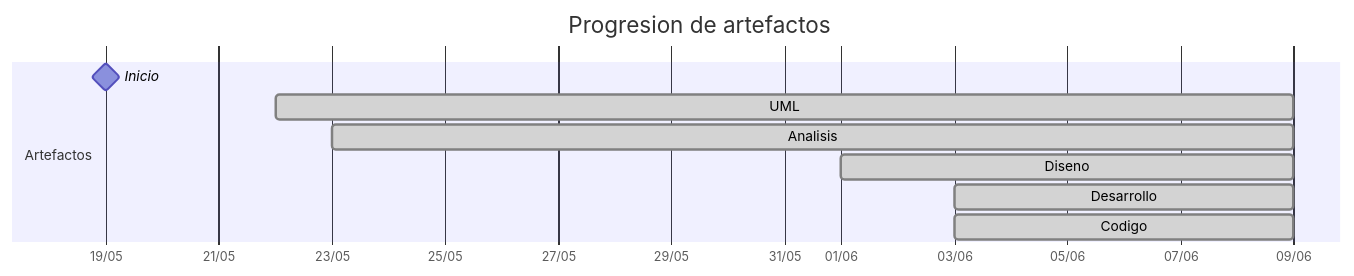
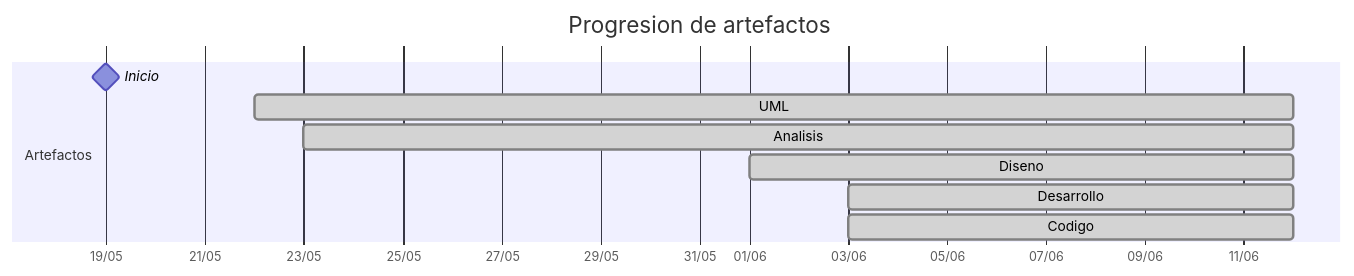
The diagram in TIMELINES/Alejandrojuarez0105.md (mmasias/25-26-idsw2-sdVC), drawn with Mermaid before and after one commit. The commit also changed other lines of this file and 9 other files, not shown here.

````diff
--- a/TIMELINES/Alejandrojuarez0105.md
+++ b/TIMELINES/Alejandrojuarez0105.md
@@ -22,13 +22,13 @@
 ```mermaid
 gantt
     title Progresion de artefactos
     dateFormat YYYY-MM-DD
     axisFormat %d/%m
     section Artefactos
         Inicio       :milestone, 2026-05-19, 0d
-        UML          :done, 2026-05-22, 2026-06-09
-        Analisis     :done, 2026-05-23, 2026-06-09
-        Diseno       :done, 2026-06-01, 2026-06-09
-        Desarrollo   :done, 2026-06-03, 2026-06-09
-        Codigo       :done, 2026-06-03, 2026-06-09
+        UML          :done, 2026-05-22, 2026-06-12
+        Analisis     :done, 2026-05-23, 2026-06-12
+        Diseno       :done, 2026-06-01, 2026-06-12
+        Desarrollo   :done, 2026-06-03, 2026-06-12
+        Codigo       :done, 2026-06-03, 2026-06-12
 ```
````
